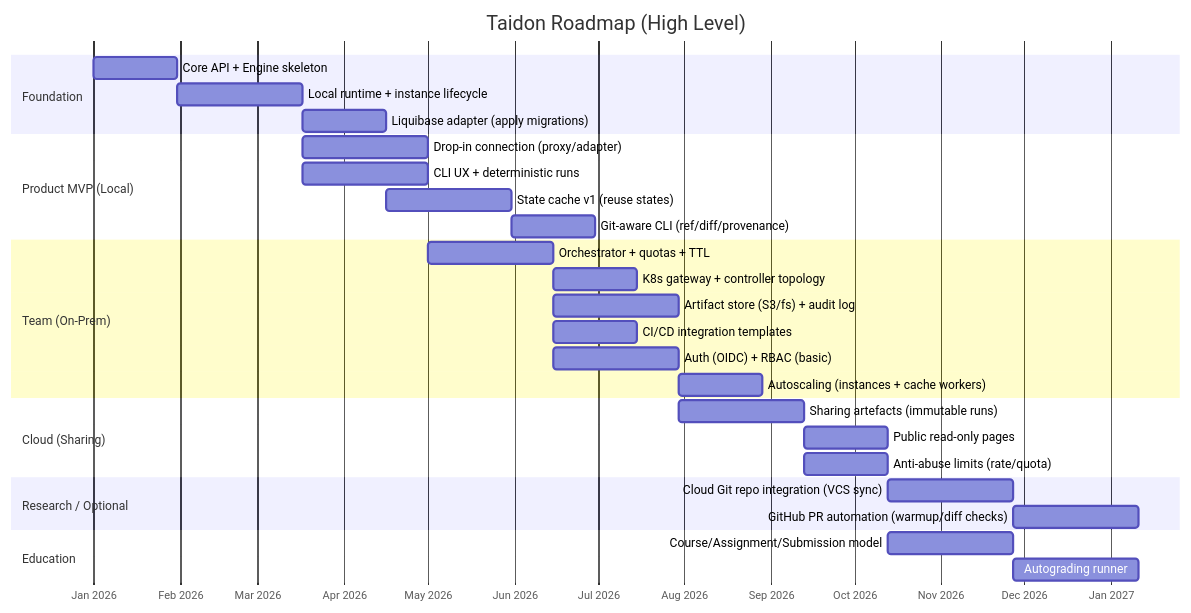
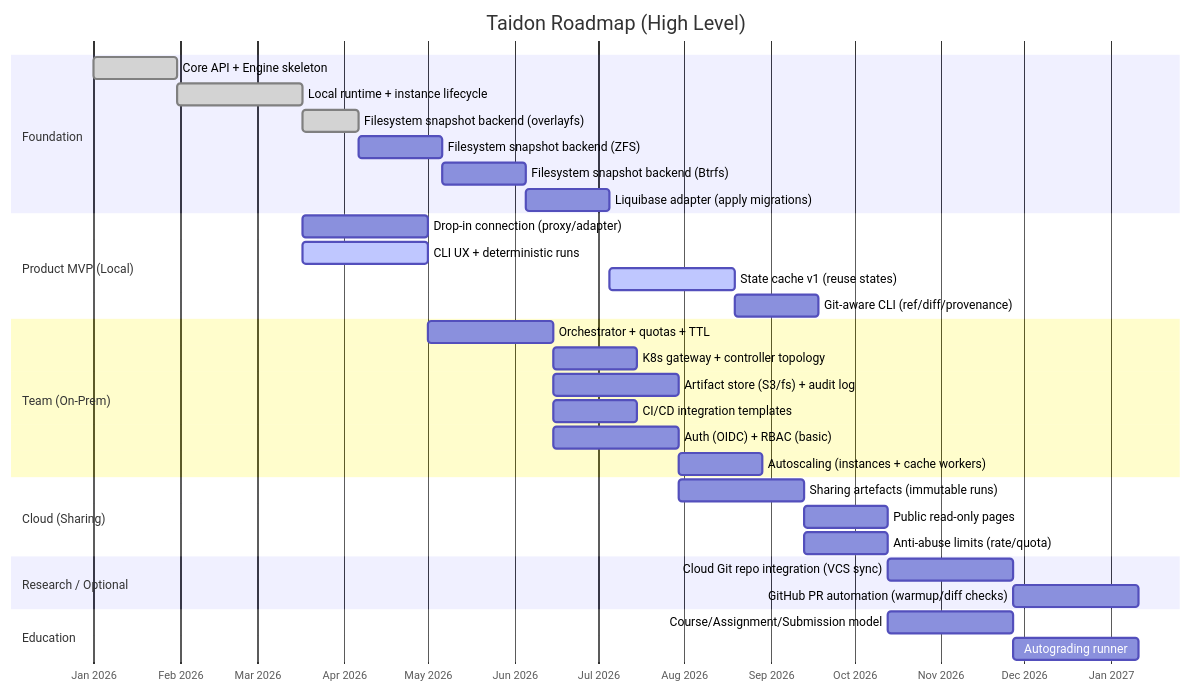
The diagram in docs/roadmap.md (kimak-irmagi/taidon), drawn with Mermaid before and after one commit. The commit also changed other lines of this file and 2 other files, not shown here.

Commit message:
Updated roadmap

````diff
--- a/docs/roadmap.md
+++ b/docs/roadmap.md
@@ -26,38 +26,41 @@
 ```mermaid
 gantt
     title Taidon Roadmap (High Level)
     dateFormat  YYYY-MM-DD
     axisFormat  %b %Y
 
     section Foundation
-    Core API + Engine skeleton                 :a1, 2026-01-01, 30d
-    Local runtime + instance lifecycle          :a2, after a1, 45d
-    Liquibase adapter (apply migrations)       :a3, after a2, 30d
+    Core API + Engine skeleton                 :done, a1, 2026-01-01, 30d
+    Local runtime + instance lifecycle          :done, a2, after a1, 45d
+    Filesystem snapshot backend (overlayfs)    :done, a2fs, after a2, 20d
+    Filesystem snapshot backend (ZFS)          :a2z, after a2fs, 30d
+    Filesystem snapshot backend (Btrfs)        :a2b, after a2z, 30d
+    Liquibase adapter (apply migrations)       :a3, after a2b, 30d
 
     section Product MVP (Local)
     Drop-in connection (proxy/adapter)         :b1, after a2, 45d
-    CLI UX + deterministic runs                :b2, after a2, 45d
-    State cache v1 (reuse states)              :b3, after a3, 45d
+    CLI UX + deterministic runs                :active, b2, after a2, 45d
+    State cache v1 (reuse states)              :active, b3, after a3, 45d
     Git-aware CLI (ref/diff/provenance)        :b4, after b3, 30d
 
     section Team (On-Prem)
     Orchestrator + quotas + TTL                :c1, after b2, 45d
     K8s gateway + controller topology          :c6, after c1, 30d
     Artifact store (S3/fs) + audit log         :c2, after c1, 45d
     CI/CD integration templates                :c3, after c1, 30d
     Auth (OIDC) + RBAC (basic)                 :c4, after c1, 45d
     Autoscaling (instances + cache workers)    :c5, after c2, 30d
 
     section Cloud (Sharing)
     Sharing artefacts (immutable runs)         :d1, after c2, 45d
     Public read-only pages                     :d2, after d1, 30d
     Anti-abuse limits (rate/quota)             :d3, after d1, 30d
 
     section Research / Optional
     Cloud Git repo integration (VCS sync)      :o1, after d2, 45d
     GitHub PR automation (warmup/diff checks)  :o2, after o1, 45d
 
     section Education
     Course/Assignment/Submission model         :e1, after d2, 45d
     Autograding runner                         :e2, after e1, 45d
 ```
````
